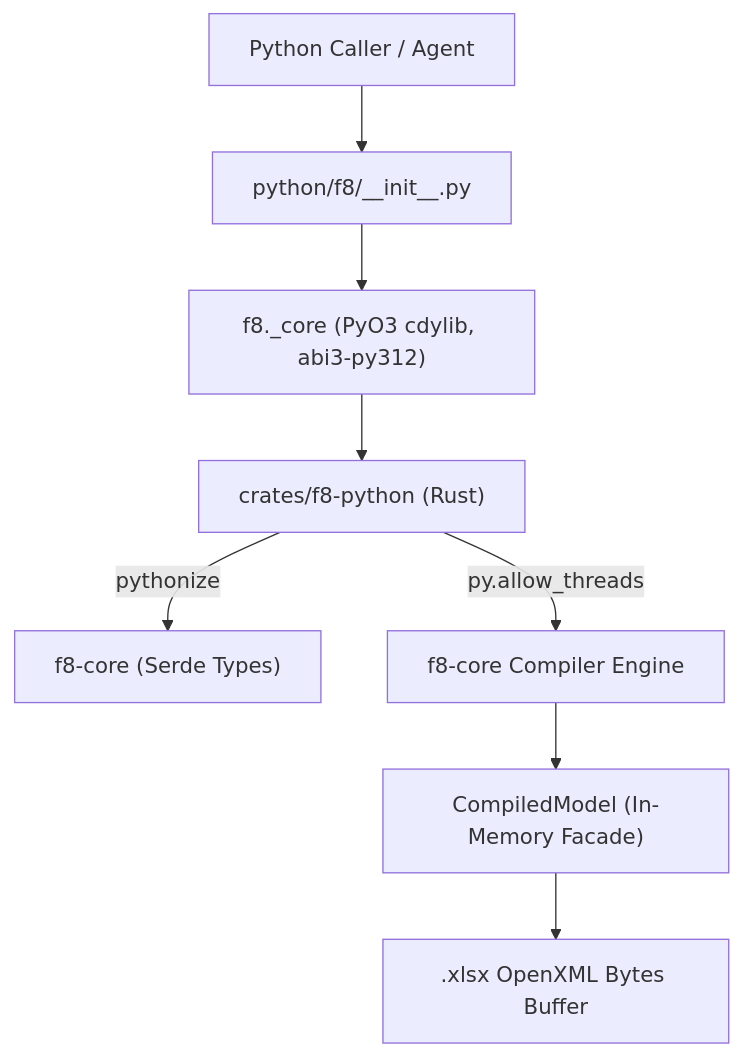
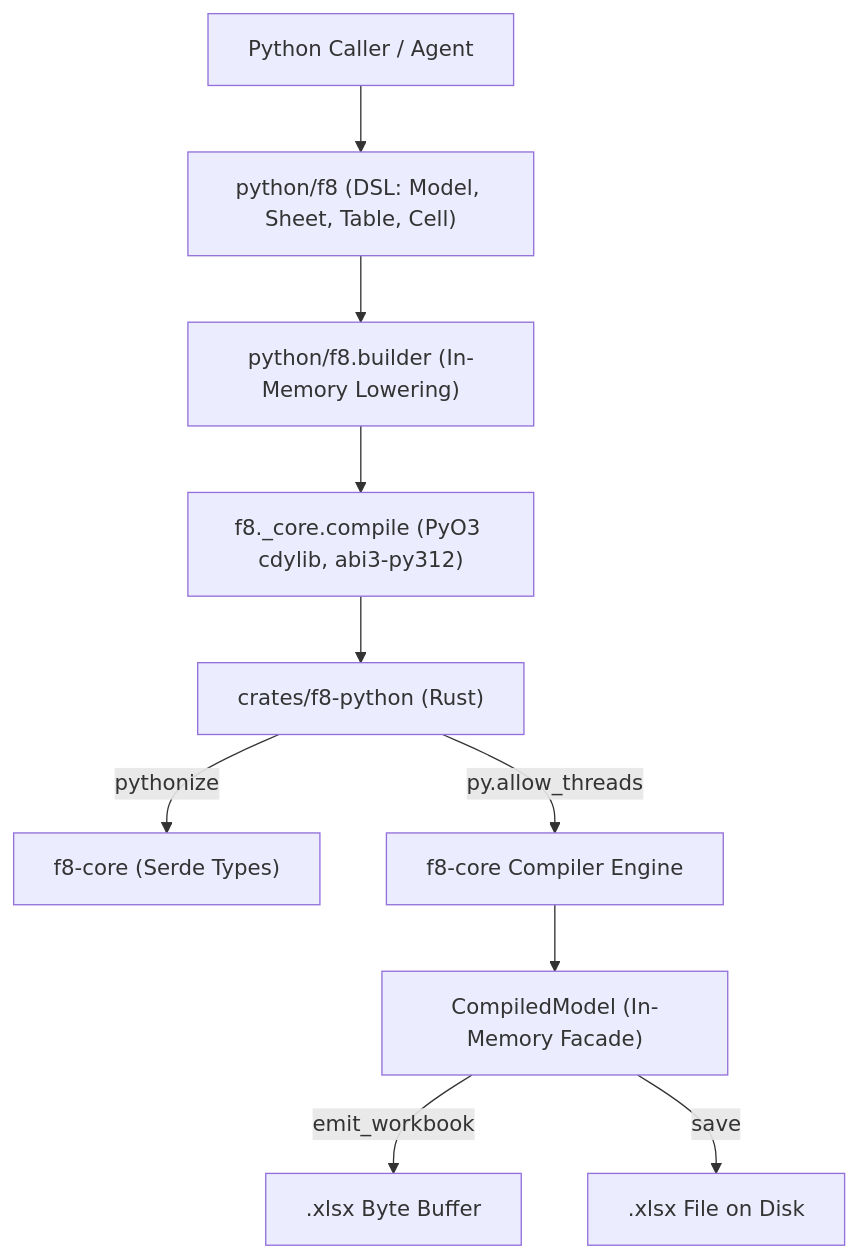
Before and after one commit to mhcfa/f8: the diagram in specs/living-specs/interfaces/python-sdk.md, drawn with Mermaid. The commit also changed other lines of this file and 4 other files, not shown here.

First line of the commit message:
feat(python): implement modeling dsl and reconcile sdk living spec

````diff
--- a/specs/living-specs/interfaces/python-sdk.md
+++ b/specs/living-specs/interfaces/python-sdk.md
@@ -14,10 +14,12 @@
 ```mermaid
 flowchart TD
-    A["Python Caller / Agent"] --> B["python/f8/__init__.py"]
-    B --> C["f8._core (PyO3 cdylib, abi3-py312)"]
-    C --> D["crates/f8-python (Rust)"]
-    D -->|pythonize| E["f8-core (Serde Types)"]
-    D -->|py.allow_threads| F["f8-core Compiler Engine"]
-    F --> G["CompiledModel (In-Memory Facade)"]
-    G --> H[".xlsx OpenXML Bytes Buffer"]
+    A["Python Caller / Agent"] --> B["python/f8 (DSL: Model, Sheet, Table, Cell)"]
+    B --> C["python/f8.builder (In-Memory Lowering)"]
+    C --> D["f8._core.compile (PyO3 cdylib, abi3-py312)"]
+    D --> E["crates/f8-python (Rust)"]
+    E -->|pythonize| F["f8-core (Serde Types)"]
+    E -->|py.allow_threads| G["f8-core Compiler Engine"]
+    G --> H["CompiledModel (In-Memory Facade)"]
+    H -->|emit_workbook| I[".xlsx Byte Buffer"]
+    H -->|save| J[".xlsx File on Disk"]
 ```
````
